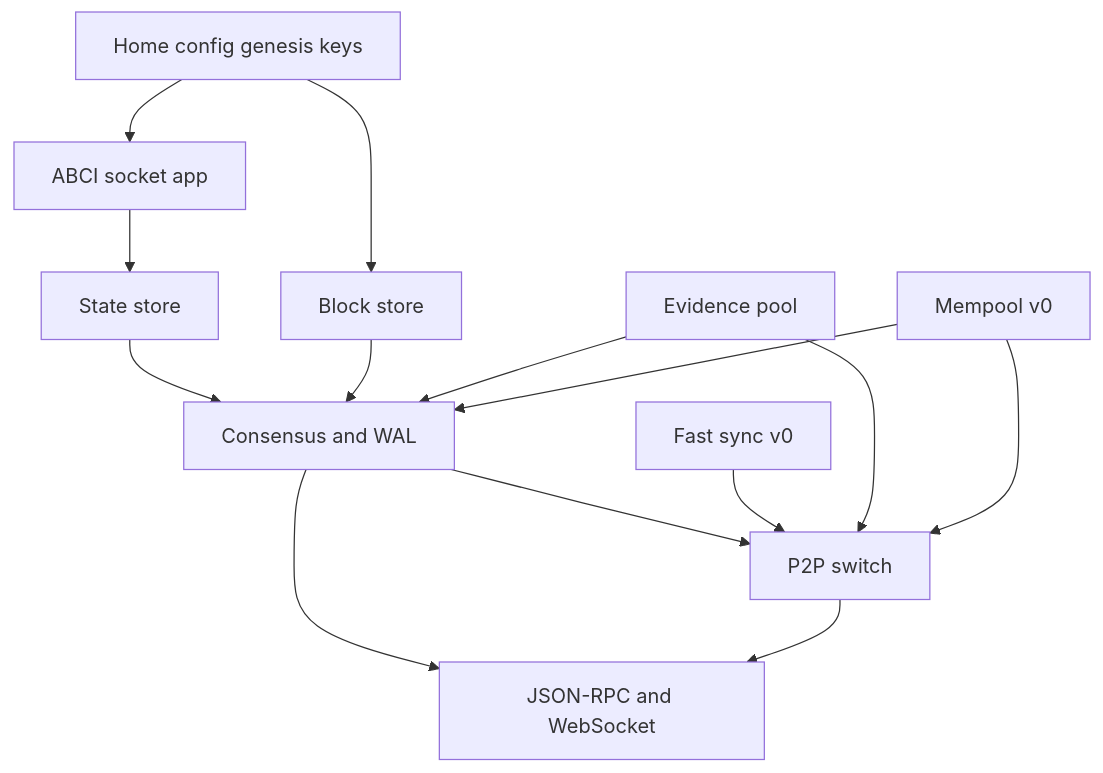
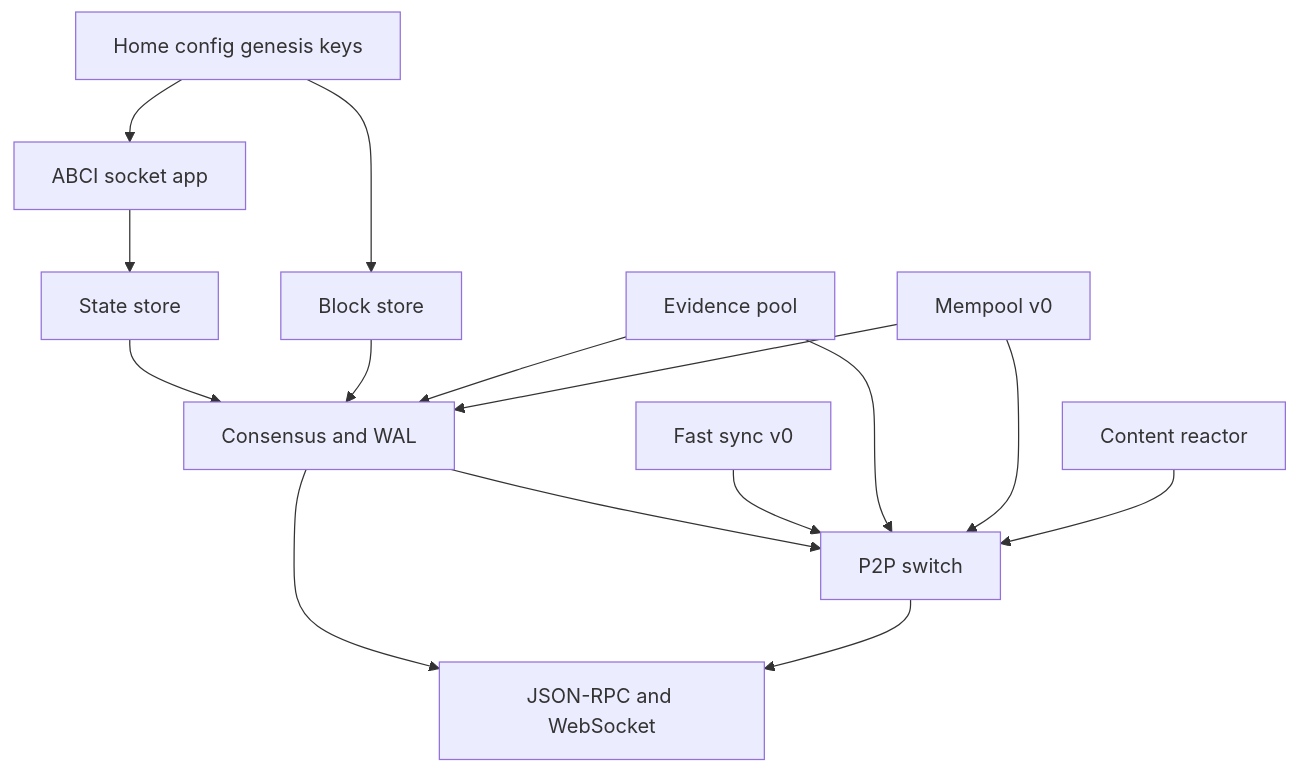
One commit to eldnetwork/eld-tendermint-rs changed the diagram in README.md. Above: the diagram before and after it, drawn with Mermaid. The commit also changed other lines of this file and 9 other files, not shown here.

Commit message:
Add reactor for content

````diff
--- a/README.md
+++ b/README.md
@@ -38,26 +38,27 @@
 ```mermaid
 flowchart TD
   home[Home config genesis keys]
   abci[ABCI socket app]
   state[State store]
   blockstore[Block store]
   evidence[Evidence pool]
   mempool[Mempool v0]
   consensus[Consensus and WAL]
   fastsync[Fast sync v0]
   p2p[P2P switch]
   rpc[JSON-RPC and WebSocket]
   home --> abci
   abci --> state
   home --> blockstore
   state --> consensus
   blockstore --> consensus
   evidence --> consensus
   mempool --> consensus
   consensus --> p2p
   fastsync --> p2p
   evidence --> p2p
   mempool --> p2p
+  content[Content reactor] --> p2p
   consensus --> rpc
   p2p --> rpc
 ```
````
